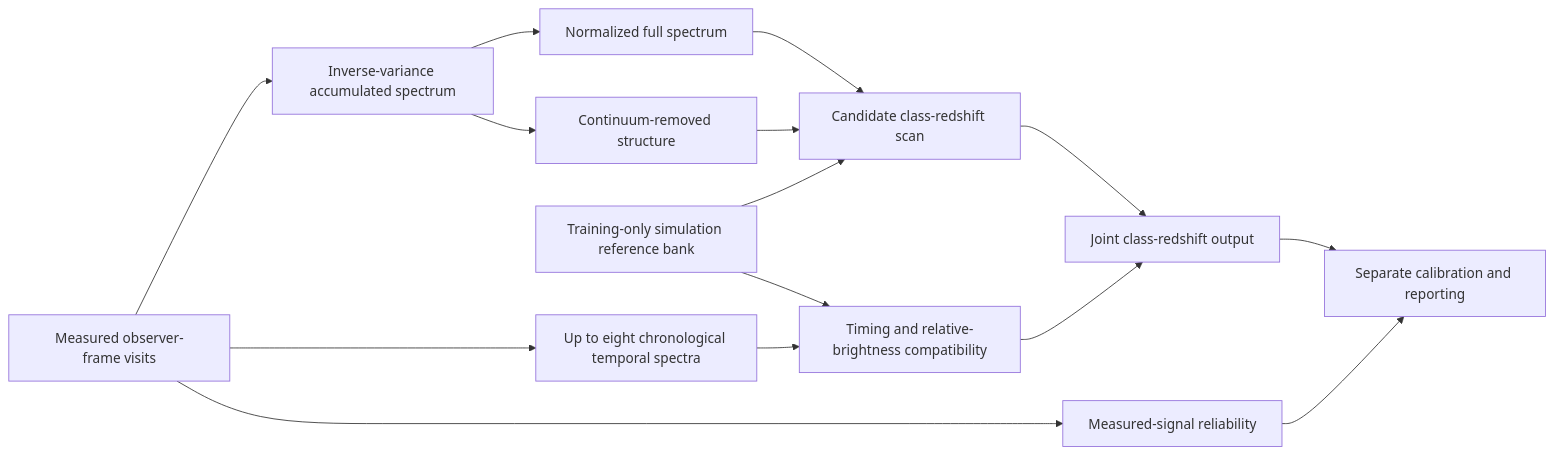
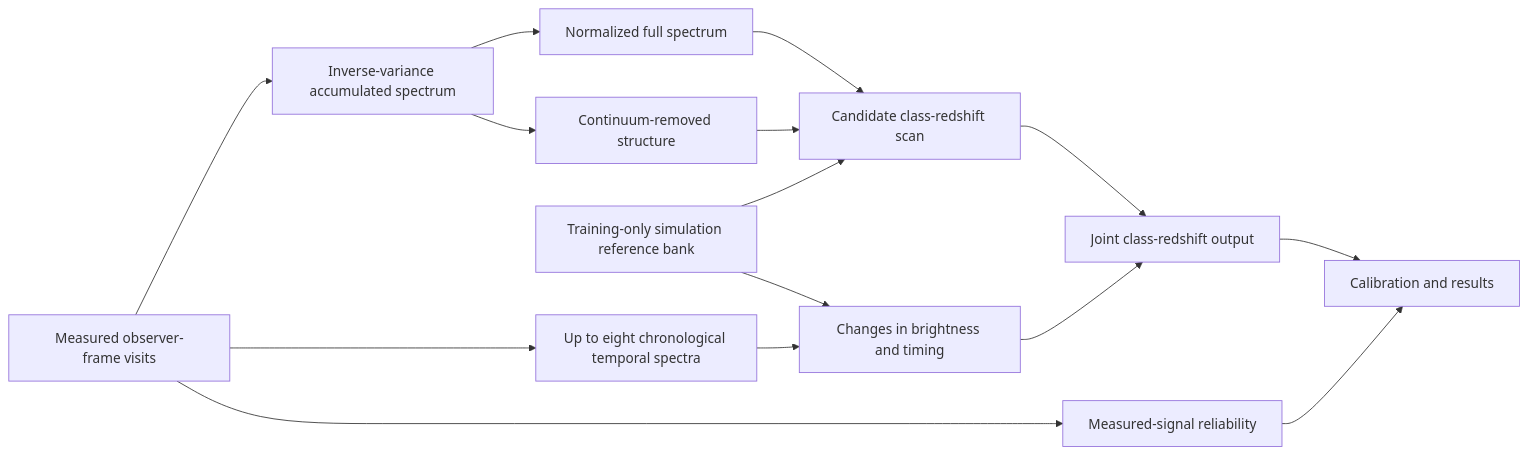
One commit to Roman-Supernova-PIT/strider changed the diagram in docs/architecture.md. Above: the diagram before and after it, drawn with Mermaid. The commit also changed other lines of this file and 224 other files, not shown here.

````diff
--- a/docs/architecture.md
+++ b/docs/architecture.md
@@ -6,17 +7,17 @@
 ```mermaid
 flowchart LR
     A["Measured observer-frame visits"] --> B["Inverse-variance accumulated spectrum"]
     B --> C["Normalized full spectrum"]
     B --> D["Continuum-removed structure"]
     E["Training-only simulation reference bank"] --> F["Candidate class-redshift scan"]
     C --> F
     D --> F
     A --> G["Up to eight chronological temporal spectra"]
-    G --> H["Timing and relative-brightness compatibility"]
+    G --> H["Changes in brightness and timing"]
     E --> H
     F --> I["Joint class-redshift output"]
     H --> I
     A --> J["Measured-signal reliability"]
-    I --> K["Separate calibration and reporting"]
+    I --> K["Calibration and results"]
     J --> K
 ```
````
